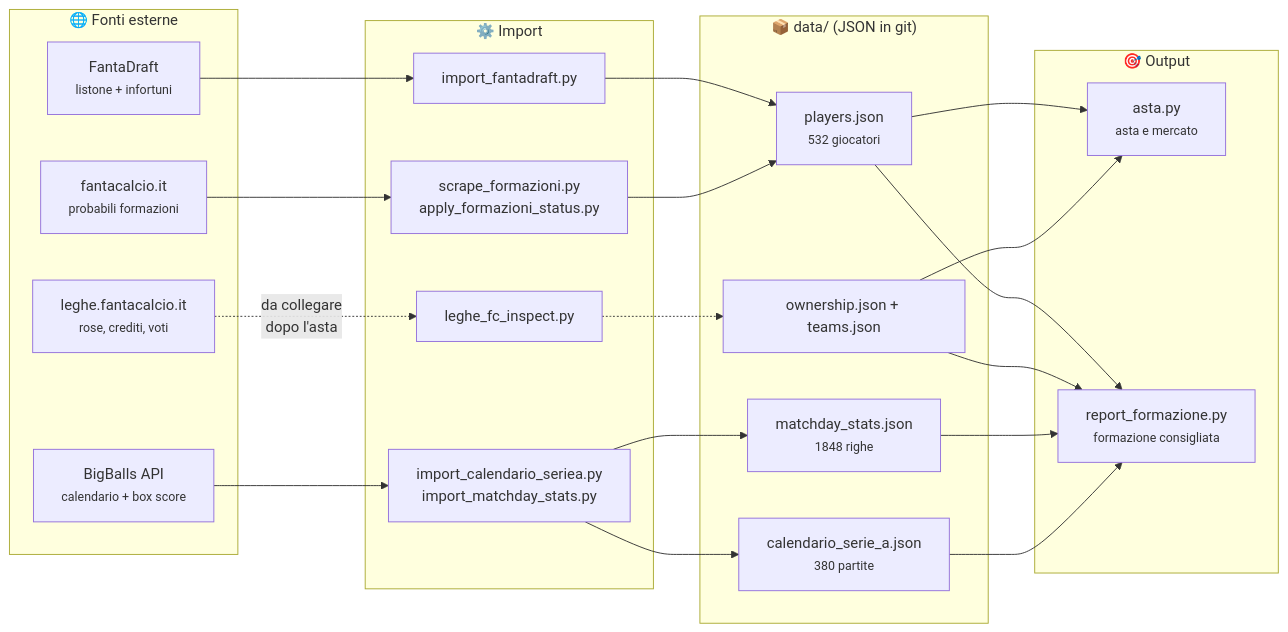
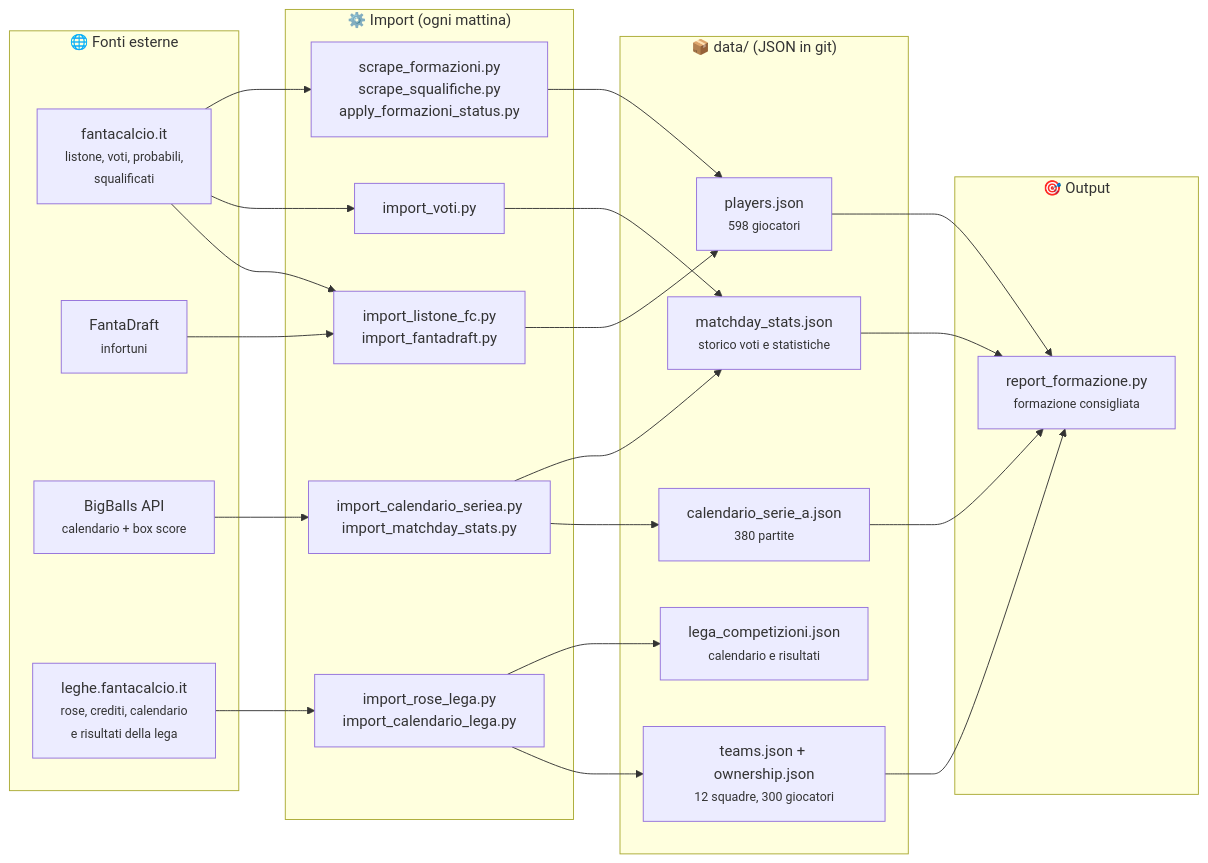
The diagram in README.md (FynePool/fanta-carbonara), drawn with Mermaid before and after one commit. The commit also changed other lines of this file, not shown here.

First line of the commit message:
README: stato dopo l'asta

````diff
--- a/README.md
+++ b/README.md
@@ -38,35 +42,37 @@
 ```mermaid
 flowchart LR
     subgraph fonti["🌐 Fonti esterne"]
-        FD["FantaDraft<br/><small>listone + infortuni</small>"]
-        FC["fantacalcio.it<br/><small>probabili formazioni</small>"]
+        FC["fantacalcio.it<br/><small>listone, voti, probabili,<br/>squalificati</small>"]
+        FD["FantaDraft<br/><small>infortuni</small>"]
         BB["BigBalls API<br/><small>calendario + box score</small>"]
-        LF["leghe.fantacalcio.it<br/><small>rose, crediti, voti</small>"]
+        LF["leghe.fantacalcio.it<br/><small>rose, crediti, calendario<br/>e risultati della lega</small>"]
     end
 
-    subgraph scripts["⚙️ Import"]
-        I1["import_fantadraft.py"]
-        I2["scrape_formazioni.py<br/>apply_formazioni_status.py"]
+    subgraph scripts["⚙️ Import (ogni mattina)"]
+        I1["import_listone_fc.py<br/>import_fantadraft.py"]
+        I2["import_voti.py"]
         I3["import_calendario_seriea.py<br/>import_matchday_stats.py"]
-        I4["leghe_fc_inspect.py"]
+        I4["scrape_formazioni.py<br/>scrape_squalifiche.py<br/>apply_formazioni_status.py"]
+        I5["import_rose_lega.py<br/>import_calendario_lega.py"]
     end
 
     subgraph dati["📦 data/ (JSON in git)"]
-        P["players.json<br/><small>532 giocatori</small>"]
+        P["players.json<br/><small>598 giocatori</small>"]
+        M["matchday_stats.json<br/><small>storico voti e statistiche</small>"]
         C["calendario_serie_a.json<br/><small>380 partite</small>"]
-        M["matchday_stats.json<br/><small>1848 righe</small>"]
-        O["ownership.json + teams.json"]
+        O["teams.json + ownership.json<br/><small>12 squadre, 300 giocatori</small>"]
+        L["lega_competizioni.json<br/><small>calendario e risultati</small>"]
     end
 
     subgraph out["🎯 Output"]
-        A["asta.py<br/><small>asta e mercato</small>"]
         R["report_formazione.py<br/><small>formazione consigliata</small>"]
     end
 
-    FD --> I1 --> P
-    FC --> I2 --> P
+    FC --> I1 --> P
+    FD --> I1
+    FC --> I2 --> M
+    FC --> I4 --> P
     BB --> I3 --> C & M
-    LF -.->|"da collegare<br/>dopo l'asta"| I4 -.-> O
-    P & O --> A
+    LF --> I5 --> O & L
     P & O & M & C --> R
 ```
````
